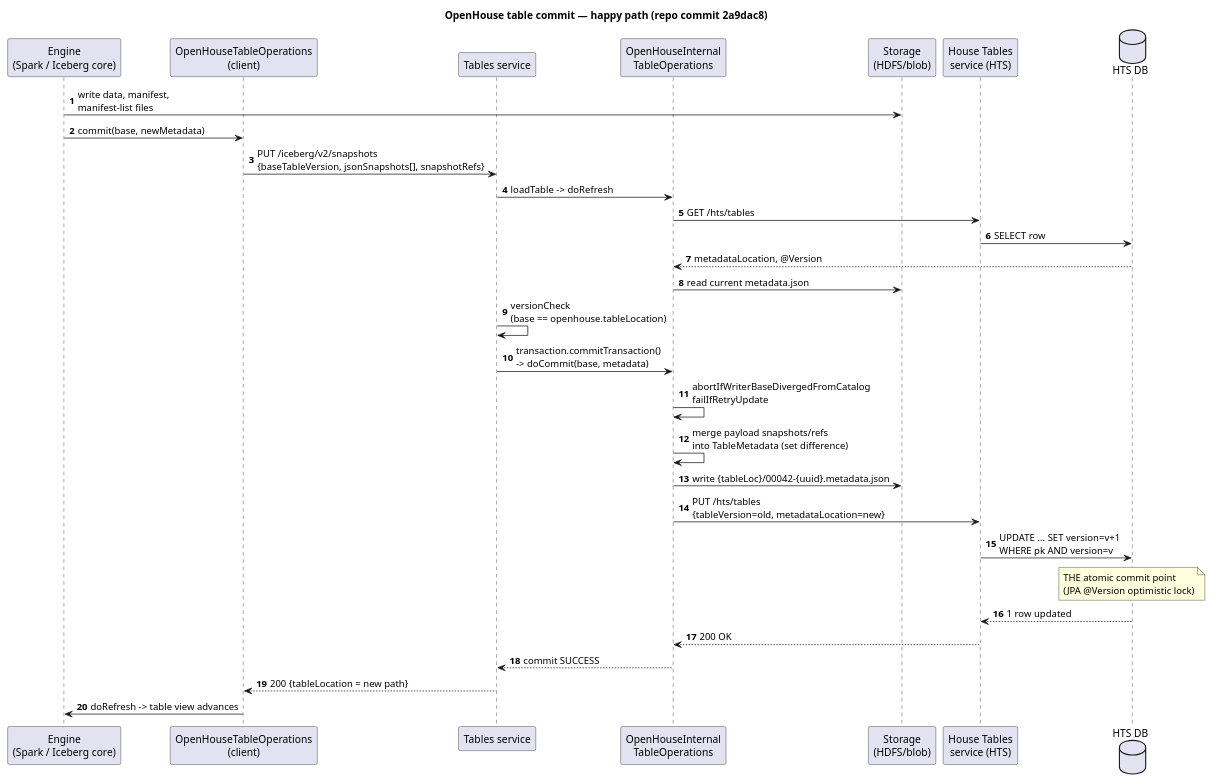
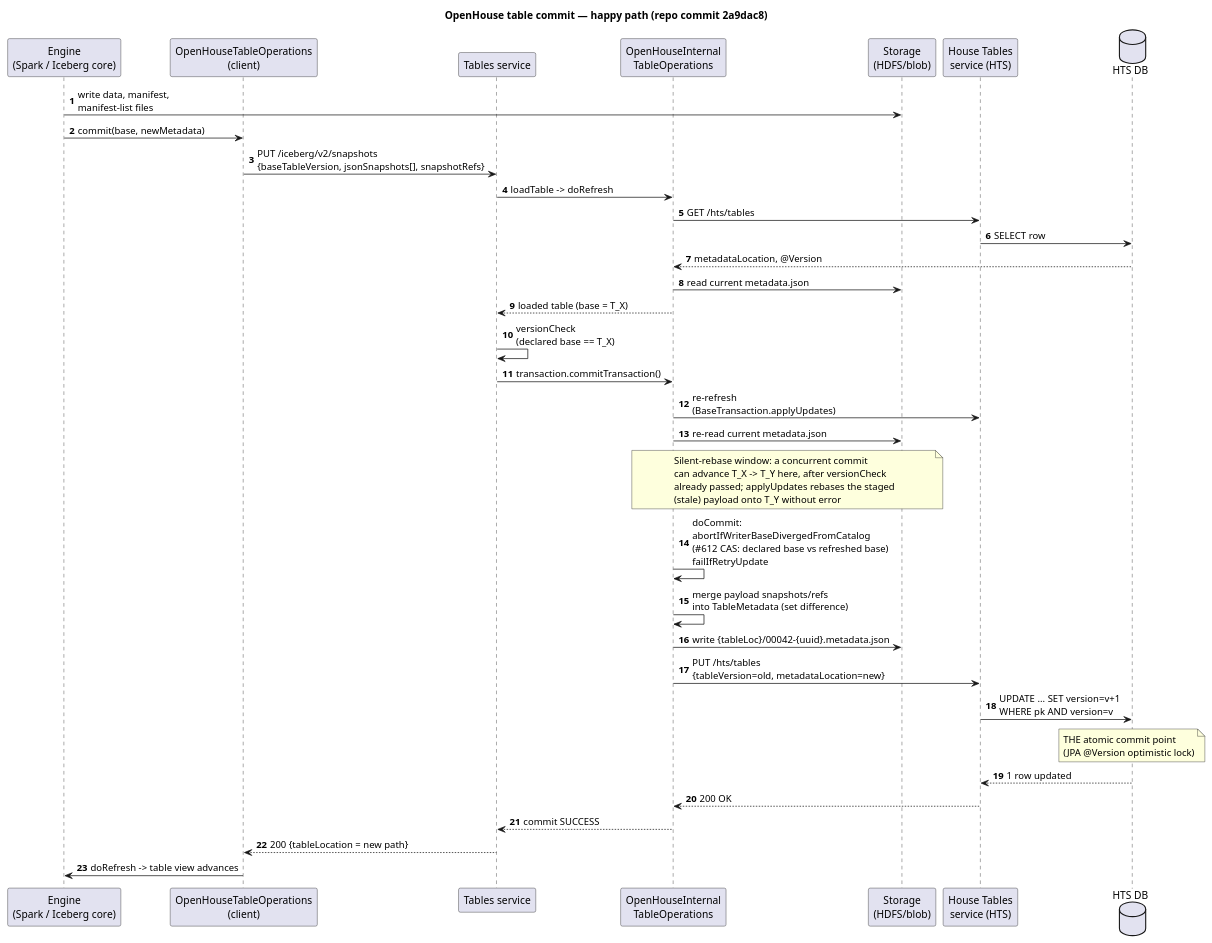
The first of 2 diagrams in docs/commit-protocol/sequence-diagram.puml (mkuchenbecker/openhouse), drawn with PlantUML before and after one commit. The commit also changed 3 other files, not shown here.

First line of the commit message:
docs: apply writing-review fixes; add silent-rebase window to sequence diagrams

```diff
--- a/docs/commit-protocol/sequence-diagram.puml
+++ b/docs/commit-protocol/sequence-diagram.puml
@@ -1,35 +1,39 @@
 @startuml openhouse-commit-happy-path
 title OpenHouse table commit — happy path (repo commit 2a9dac8)
 
 participant "Engine\n(Spark / Iceberg core)" as ENG
 participant "OpenHouseTableOperations\n(client)" as OHC
 participant "Tables service" as TS
 participant "OpenHouseInternal\nTableOperations" as ITO
 participant "Storage\n(HDFS/blob)" as ST
 participant "House Tables\nservice (HTS)" as HTS
 database "HTS DB" as DB
 
 autonumber
 
 ENG -> ST : write data, manifest,\nmanifest-list files
 ENG -> OHC : commit(base, newMetadata)
 OHC -> TS : PUT /iceberg/v2/snapshots\n{baseTableVersion, jsonSnapshots[], snapshotRefs}
 TS -> ITO : loadTable -> doRefresh
 ITO -> HTS : GET /hts/tables
 HTS -> DB : SELECT row
 DB --> ITO : metadataLocation, @Version
 ITO -> ST : read current metadata.json
-TS -> TS : versionCheck\n(base == openhouse.tableLocation)
-TS -> ITO : transaction.commitTransaction()\n-> doCommit(base, metadata)
-ITO -> ITO : abortIfWriterBaseDivergedFromCatalog\nfailIfRetryUpdate
+ITO --> TS : loaded table (base = T_X)
+TS -> TS : versionCheck\n(declared base == T_X)
+TS -> ITO : transaction.commitTransaction()
+ITO -> HTS : re-refresh\n(BaseTransaction.applyUpdates)
+ITO -> ST : re-read current metadata.json
+note over ITO, ST : Silent-rebase window: a concurrent commit\ncan advance T_X -> T_Y here, after versionCheck\nalready passed; applyUpdates rebases the staged\n(stale) payload onto T_Y without error
+ITO -> ITO : doCommit:\nabortIfWriterBaseDivergedFromCatalog\n(#612 CAS: declared base vs refreshed base)\nfailIfRetryUpdate
 ITO -> ITO : merge payload snapshots/refs\ninto TableMetadata (set difference)
 ITO -> ST : write {tableLoc}/00042-{uuid}.metadata.json
 ITO -> HTS : PUT /hts/tables\n{tableVersion=old, metadataLocation=new}
 HTS -> DB : UPDATE ... SET version=v+1\nWHERE pk AND version=v
 note over DB : THE atomic commit point\n(JPA @Version optimistic lock)
 DB --> HTS : 1 row updated
 HTS --> ITO : 200 OK
 ITO --> TS : commit SUCCESS
 TS --> OHC : 200 {tableLocation = new path}
 OHC -> ENG : doRefresh -> table view advances
 @enduml
```
